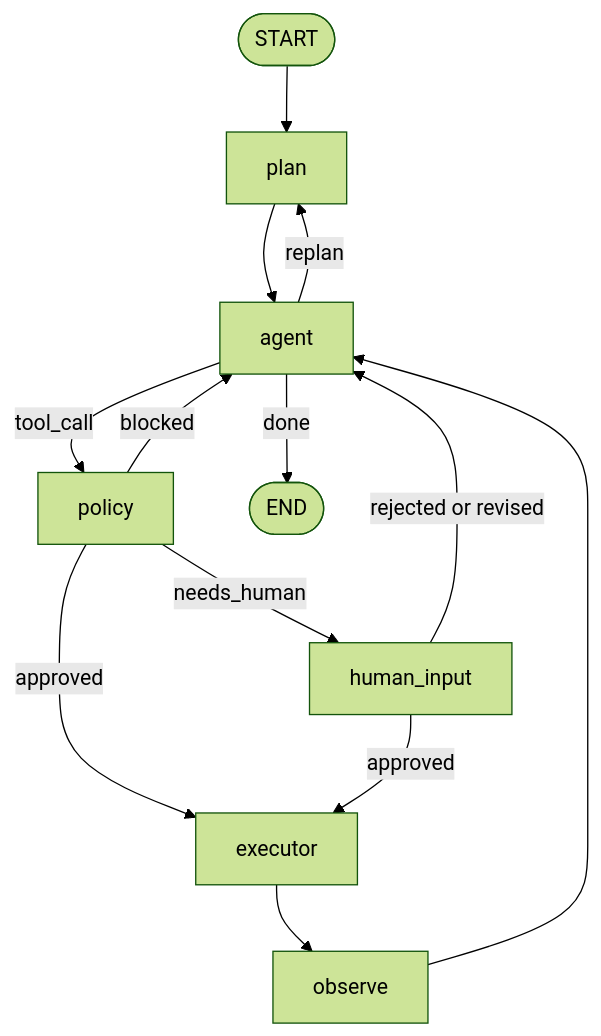
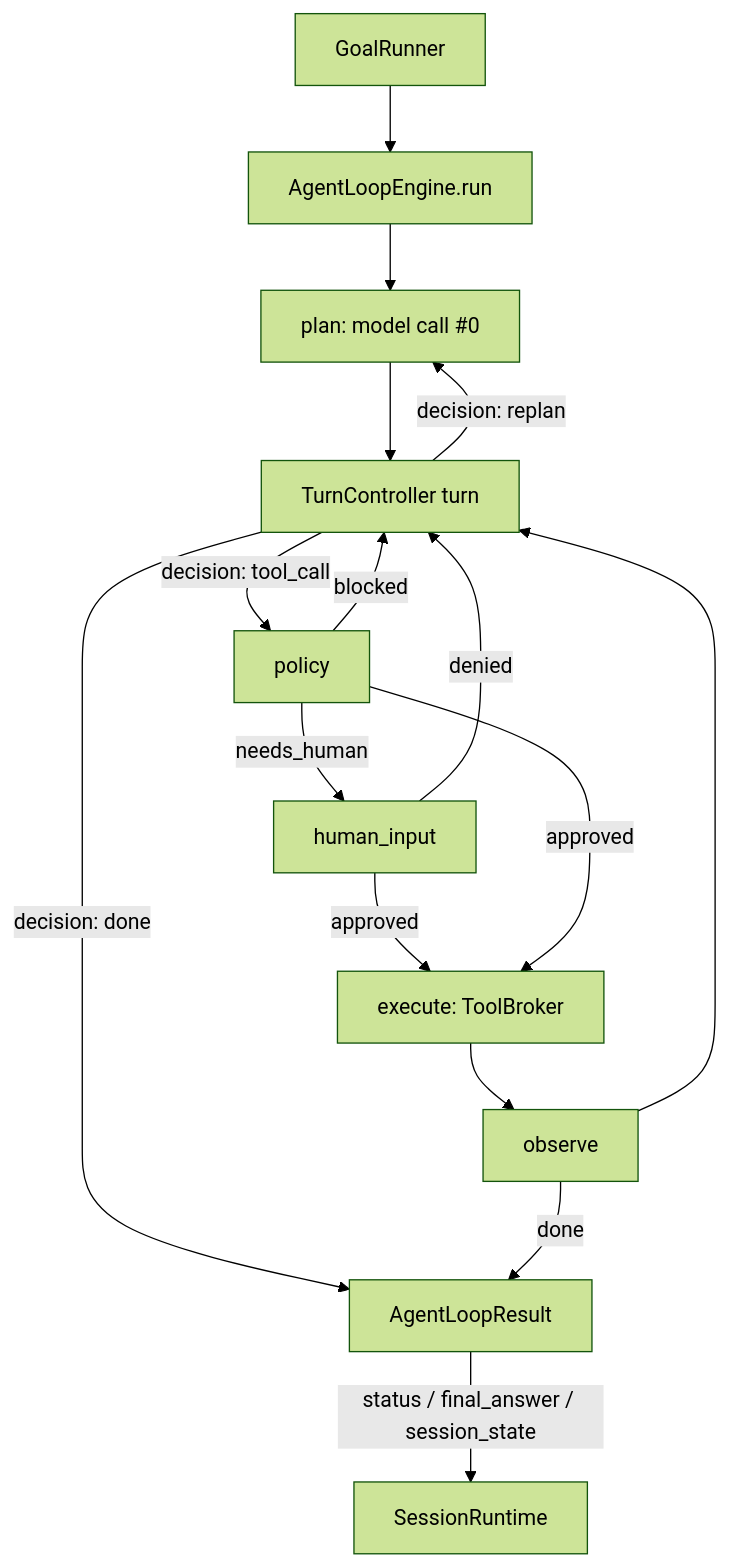
One commit to Hastur456/AutoBrowser changed the diagram in docs/diagrams/agent-runtime-flow.md. Above: the diagram before and after it, drawn with Mermaid (forest theme). The commit also changed other lines of this file and 11 other files, not shown here.

````diff
--- a/docs/diagrams/agent-runtime-flow.md
+++ b/docs/diagrams/agent-runtime-flow.md
@@ -6,15 +7,18 @@
 ```mermaid
 flowchart TD
-  Start([START]) --> Plan[plan]
-  Plan --> Agent[agent]
-  Agent -->|tool_call| Policy[policy]
-  Agent -->|replan| Plan
-  Agent -->|done| End([END])
-  Policy -->|approved| Executor[executor]
+  GoalRunner[GoalRunner] --> Engine[AgentLoopEngine.run]
+  Engine --> Plan[plan: model call #0]
+  Plan --> Turn[TurnController turn]
+  Turn -->|decision: tool_call| Policy[policy]
+  Turn -->|decision: replan| Plan
+  Turn -->|decision: done| Result[AgentLoopResult]
+  Policy -->|blocked| Turn
   Policy -->|needs_human| Human[human_input]
-  Policy -->|blocked| Agent
-  Human -->|approved| Executor
-  Human -->|rejected or revised| Agent
-  Executor --> Observe[observe]
-  Observe --> Agent
+  Human -->|denied| Turn
+  Human -->|approved| Exec[execute: ToolBroker]
+  Policy -->|approved| Exec
+  Exec --> Obs[observe]
+  Obs --> Turn
+  Obs -->|done| Result
+  Result -->|status / final_answer / session_state| Session[SessionRuntime]
 ```
````
